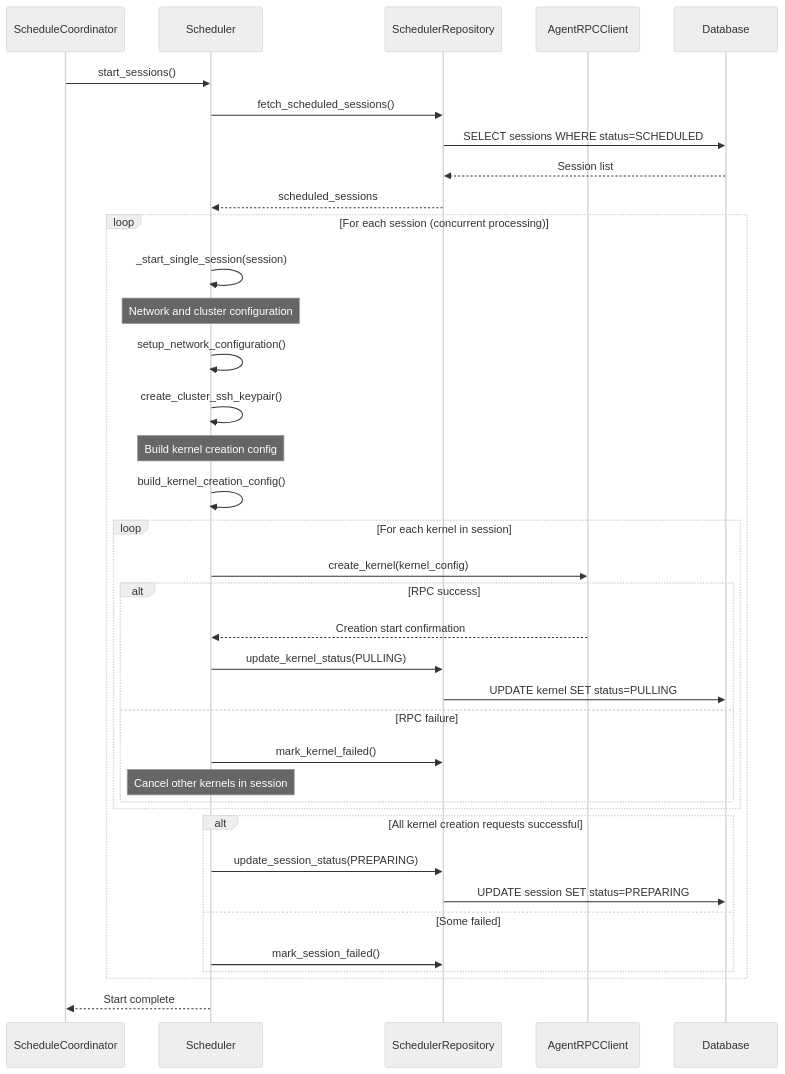
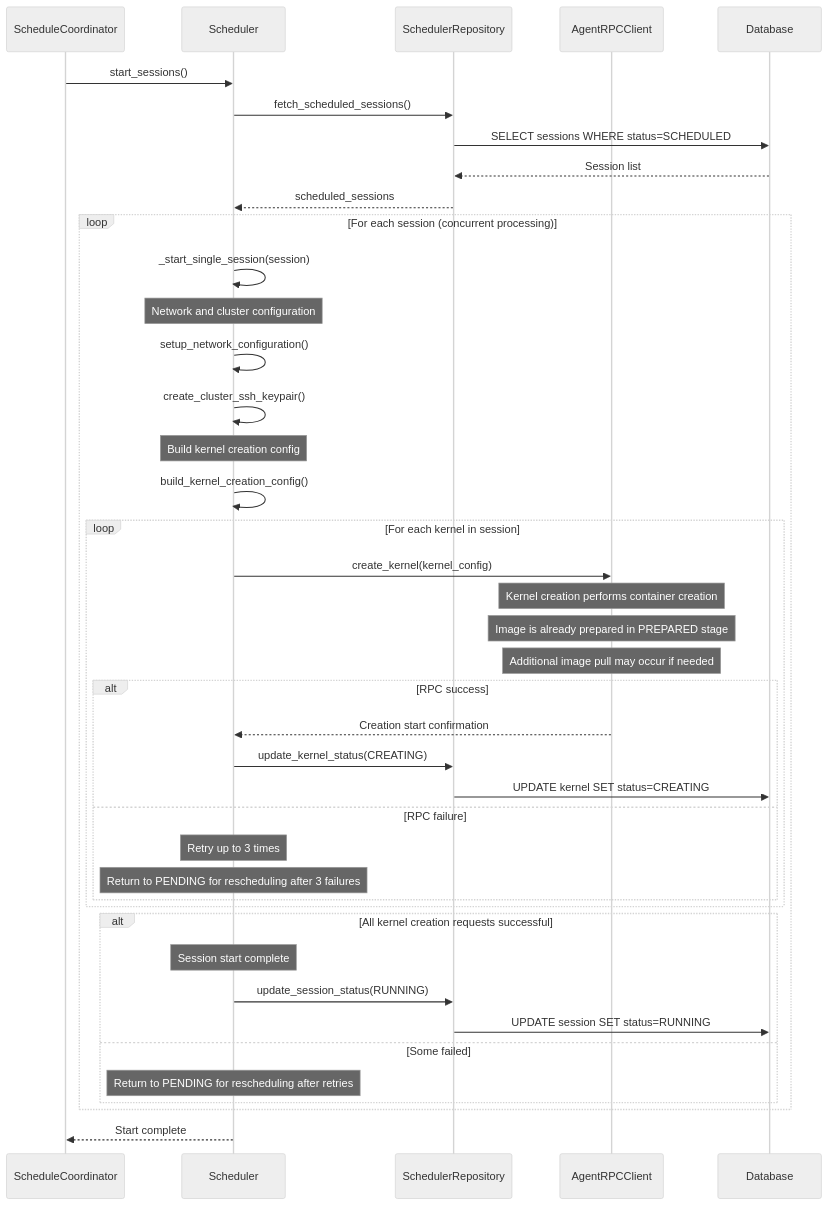
One commit to lablup/backend.ai changed the second of 3 diagrams in src/ai/backend/manager/sokovan/scheduler/README.md. Above: the diagram before and after it, drawn with Mermaid (neutral theme). The commit also changed other lines of this file and 2 other files, not shown here.

Commit message:
Correct the incorrectly explained part.

````diff
--- a/src/ai/backend/manager/sokovan/scheduler/README.md
+++ b/src/ai/backend/manager/sokovan/scheduler/README.md
@@ -237,48 +237,53 @@
 ```mermaid
 sequenceDiagram
     participant Coord as ScheduleCoordinator
     participant Sched as Scheduler
     participant Repo as SchedulerRepository
     participant Agent as AgentRPCClient
     participant DB as Database
 
     Coord->>Sched: start_sessions()
 
     Sched->>Repo: fetch_scheduled_sessions()
     Repo->>DB: SELECT sessions WHERE status=SCHEDULED
     DB-->>Repo: Session list
     Repo-->>Sched: scheduled_sessions
 
     loop For each session (concurrent processing)
         Sched->>Sched: _start_single_session(session)
 
         Note over Sched: Network and cluster configuration
         Sched->>Sched: setup_network_configuration()
         Sched->>Sched: create_cluster_ssh_keypair()
 
         Note over Sched: Build kernel creation config
         Sched->>Sched: build_kernel_creation_config()
 
         loop For each kernel in session
             Sched->>Agent: create_kernel(kernel_config)
 
+            Note over Agent: Kernel creation performs container creation
+            Note over Agent: Image is already prepared in PREPARED stage
+            Note over Agent: Additional image pull may occur if needed
+
             alt RPC success
                 Agent-->>Sched: Creation start confirmation
-                Sched->>Repo: update_kernel_status(PULLING)
-                Repo->>DB: UPDATE kernel SET status=PULLING
+                Sched->>Repo: update_kernel_status(CREATING)
+                Repo->>DB: UPDATE kernel SET status=CREATING
             else RPC failure
-                Sched->>Repo: mark_kernel_failed()
-                Note over Sched: Cancel other kernels in session
+                Note over Sched: Retry up to 3 times
+                Note over Sched: Return to PENDING for rescheduling after 3 failures
             end
         end
 
         alt All kernel creation requests successful
-            Sched->>Repo: update_session_status(PREPARING)
-            Repo->>DB: UPDATE session SET status=PREPARING
+            Note over Sched: Session start complete
+            Sched->>Repo: update_session_status(RUNNING)
+            Repo->>DB: UPDATE session SET status=RUNNING
         else Some failed
-            Sched->>Repo: mark_session_failed()
+            Note over Sched: Return to PENDING for rescheduling after retries
         end
     end
 
     Sched-->>Coord: Start complete
 ```
````
